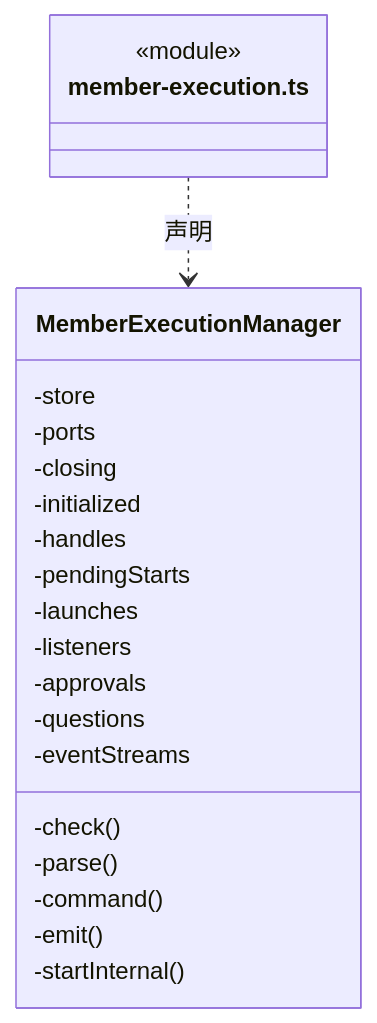
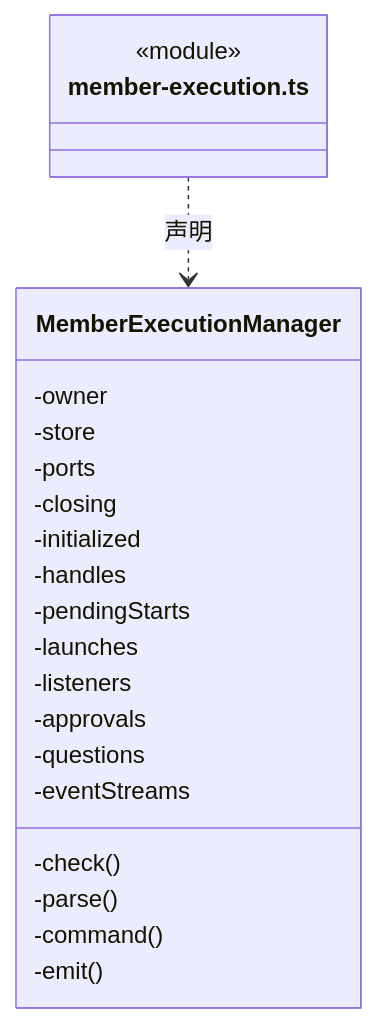
Diagram 22 of 52 in src/backend/scheduler-engine/execution/ARCHITECTURE.md (nan023062/cbim), drawn with Mermaid before and after one commit. The commit also changed other lines of this file and 56 other files, not shown here.

````diff
--- a/src/backend/scheduler-engine/execution/ARCHITECTURE.md
+++ b/src/backend/scheduler-engine/execution/ARCHITECTURE.md
@@ -613,25 +644,25 @@
 ```mermaid
 classDiagram
 class N_src_backend_scheduler_engine_execution_member_execution_ts["member-execution.ts"] {
   <<module>>
 }
 class N_src_backend_scheduler_engine_execution_member_execution_ts_MemberExecutionManager["MemberExecutionManager"] {
+  -owner
   -store
   -ports
   -closing
   -initialized
   -handles
   -pendingStarts
   -launches
   -listeners
   -approvals
   -questions
   -eventStreams
   -check()
   -parse()
   -command()
   -emit()
-  -startInternal()
 }
 N_src_backend_scheduler_engine_execution_member_execution_ts ..> N_src_backend_scheduler_engine_execution_member_execution_ts_MemberExecutionManager : 声明
 ```
````
